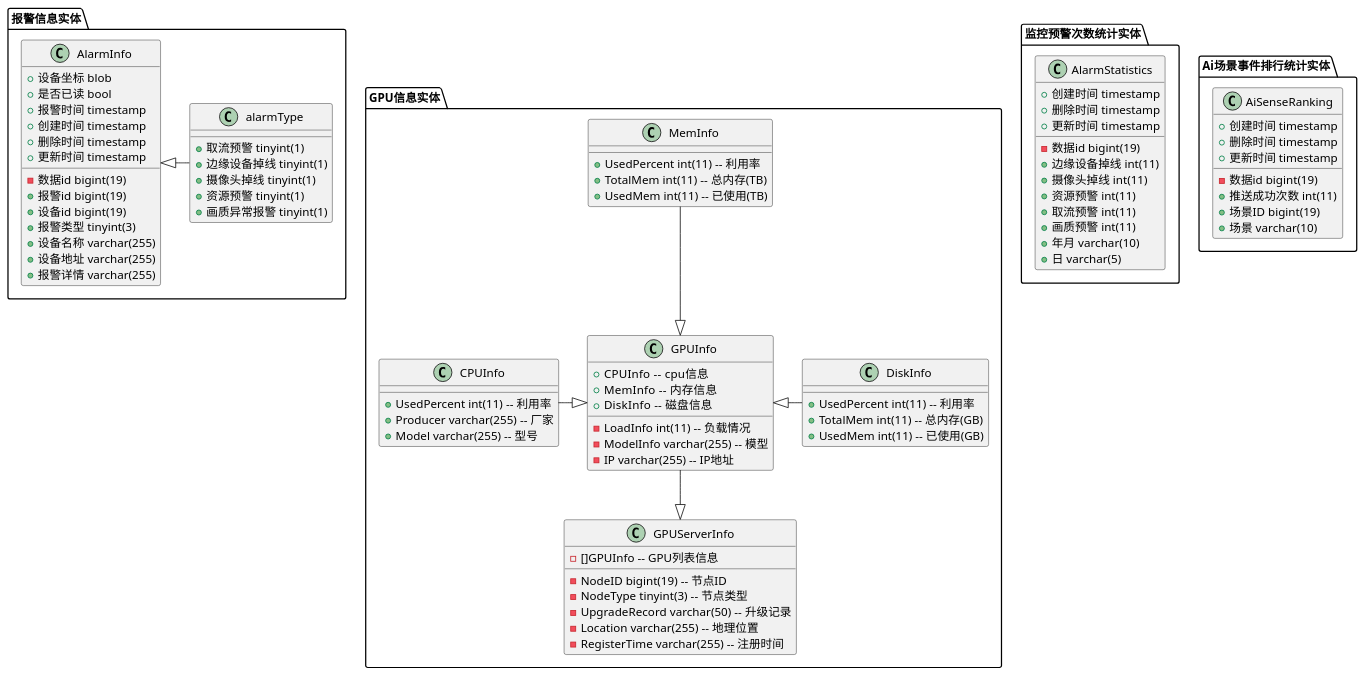
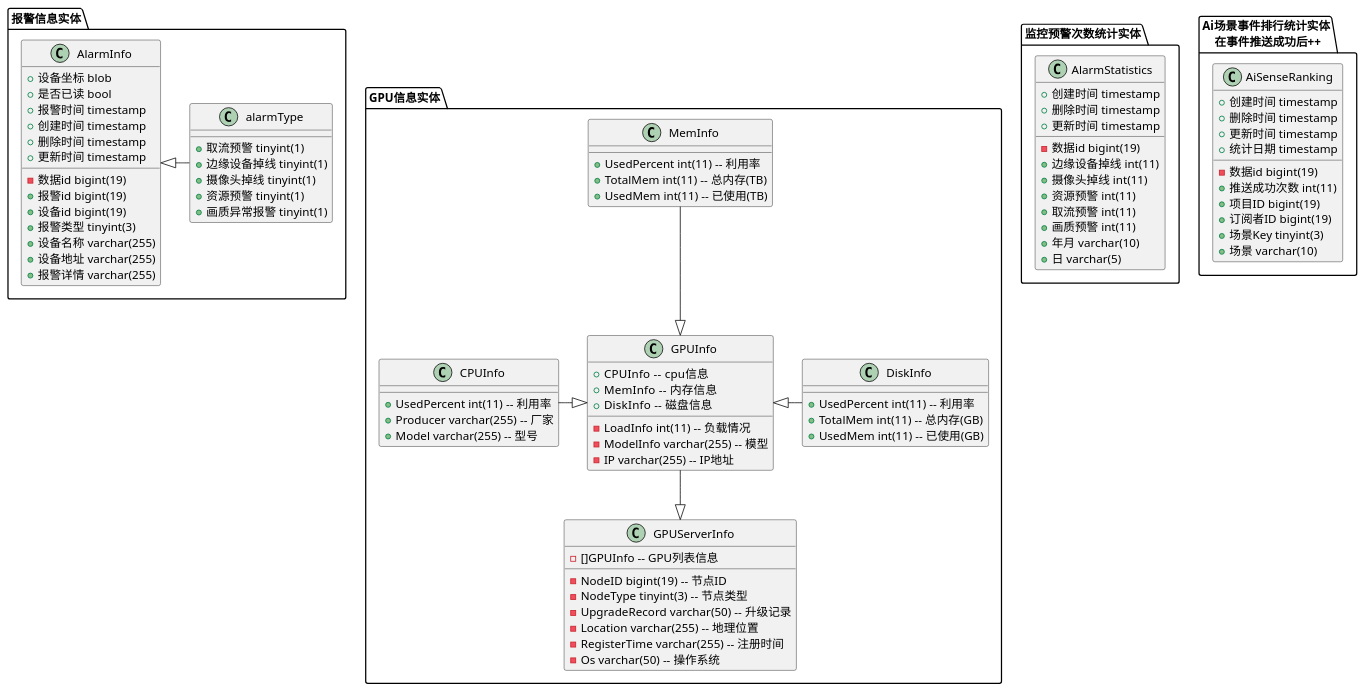
The diagram in 实体.puml (zjzjzjzj1874/demo), drawn with PlantUML before and after one commit. The commit also changed 15 other files, not shown here.

Commit message:
feat:plain uml:how to draw a uml

```diff
--- a/实体.puml
+++ b/实体.puml
@@ -1,100 +1,104 @@
 @startuml
 package "报警信息实体"{
     class AlarmInfo {
       - 数据id bigint(19)
       + 报警id bigint(19)
       + 设备id bigint(19)
       + 设备坐标 blob
       + 报警类型 tinyint(3)
       + 设备名称 varchar(255)
       + 设备地址 varchar(255)
       + 报警详情 varchar(255)
       + 是否已读 bool
       + 报警时间 timestamp
       + 创建时间 timestamp
       + 删除时间 timestamp
       + 更新时间 timestamp
     }
     class "alarmType" {
       + 取流预警 tinyint(1)
       + 边缘设备掉线 tinyint(1)
       + 摄像头掉线 tinyint(1)
       + 资源预警 tinyint(1)
       + 画质异常报警 tinyint(1)
     }
 }
 
 package "监控预警次数统计实体"{
     class AlarmStatistics {
       - 数据id bigint(19)
       + 创建时间 timestamp
       + 删除时间 timestamp
       + 更新时间 timestamp
       + 边缘设备掉线 int(11)
       + 摄像头掉线 int(11)
       + 资源预警 int(11)
       + 取流预警 int(11)
       + 画质预警 int(11)
       + 年月 varchar(10)
       + 日 varchar(5)
     }
 }
 
-package "Ai场景事件排行统计实体"{
+package "Ai场景事件排行统计实体\n 在事件推送成功后++"{
     class AiSenseRanking {
       - 数据id bigint(19)
       + 创建时间 timestamp
       + 删除时间 timestamp
       + 更新时间 timestamp
       + 推送成功次数 int(11)
-      + 场景ID bigint(19) /'这个具体用什么区分'/
+      + 项目ID bigint(19)
+      + 订阅者ID bigint(19)
+      + 场景Key tinyint(3)
       + 场景 varchar(10)
+      + 统计日期 timestamp
     }
 }
 
 package "GPU信息实体"{
     class GPUServerInfo {
       - NodeID bigint(19) -- 节点ID
       - NodeType tinyint(3) -- 节点类型
       - UpgradeRecord varchar(50) -- 升级记录
       - Location varchar(255) -- 地理位置
       - RegisterTime varchar(255) -- 注册时间
+      - Os varchar(50) -- 操作系统
       - []GPUInfo -- GPU列表信息
     }
 
     class GPUInfo {
       + CPUInfo  -- cpu信息
       + MemInfo  -- 内存信息
       + DiskInfo  -- 磁盘信息
       - LoadInfo int(11) -- 负载情况
       - ModelInfo varchar(255) -- 模型
       - IP varchar(255) -- IP地址
     }
 
     class DiskInfo {
       + UsedPercent int(11) -- 利用率
       + TotalMem int(11) -- 总内存(GB)
       + UsedMem int(11) -- 已使用(GB)
     }
 
     class MemInfo {
       + UsedPercent int(11) -- 利用率
       + TotalMem int(11) -- 总内存(TB)
       + UsedMem int(11) -- 已使用(TB)
     }
 
     class CPUInfo {
       + UsedPercent int(11) -- 利用率
       + Producer varchar(255) -- 厂家
       + Model varchar(255) -- 型号
     }
 
 }
 
 AlarmInfo <|-right- alarmType
 GPUInfo <|-left- CPUInfo
 GPUInfo <|-right- DiskInfo
 GPUInfo <|-up- MemInfo
 GPUServerInfo <|-up- GPUInfo
 
 @enduml
```
